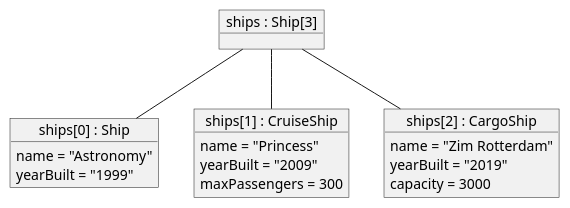
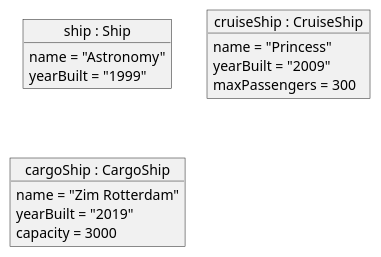
Before and after one commit to gummiebearz/CS_3560-Homework_Five: the diagram in PolymorphismObject.puml, drawn with PlantUML.

Commit message:
Exercise three: Polymorphism - remove array design

```diff
--- a/PolymorphismObject.puml
+++ b/PolymorphismObject.puml
@@ -1,26 +1,18 @@
 @startuml
 'Object Diagram
 
-object "ships : Ship[3]" as ships
+object "ship : Ship" as ship
+ship : name = "Astronomy"
+ship : yearBuilt = "1999"
 
-object "ships[0] : Ship" as ship1
-ship1 : name = "Astronomy"
-ship1 : yearBuilt = "1999"
+object "cruiseShip : CruiseShip" as cruiseShip
+cruiseShip : name = "Princess"
+cruiseShip : yearBuilt = "2009"
+cruiseShip : maxPassengers = 300
 
-object "ships[1] : CruiseShip" as ship2
-ship2 : name = "Princess"
-ship2 : yearBuilt = "2009"
-ship2 : maxPassengers = 300
-
-object "ships[2] : CargoShip" as ship3
-ship3 : name = "Zim Rotterdam"
-ship3 : yearBuilt = "2019"
-ship3 : capacity = 3000
-
-'Relationship
-' -- means plain association
-ships -- ship1
-ships -- ship2
-ships -- ship3
+object "cargoShip : CargoShip" as cargoShip
+cargoShip : name = "Zim Rotterdam"
+cargoShip : yearBuilt = "2019"
+cargoShip : capacity = 3000
 
 @enduml
```
